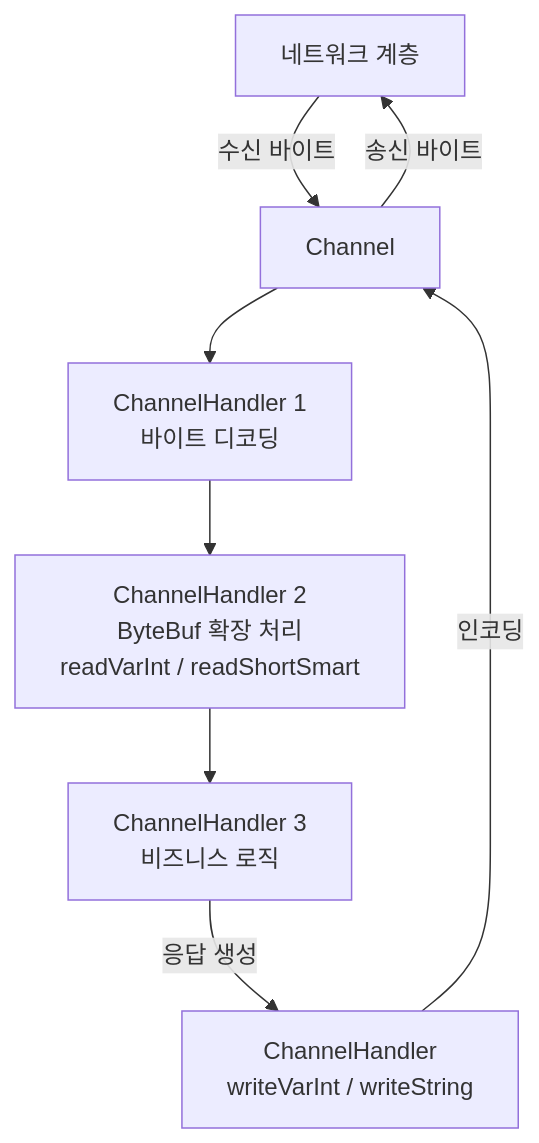
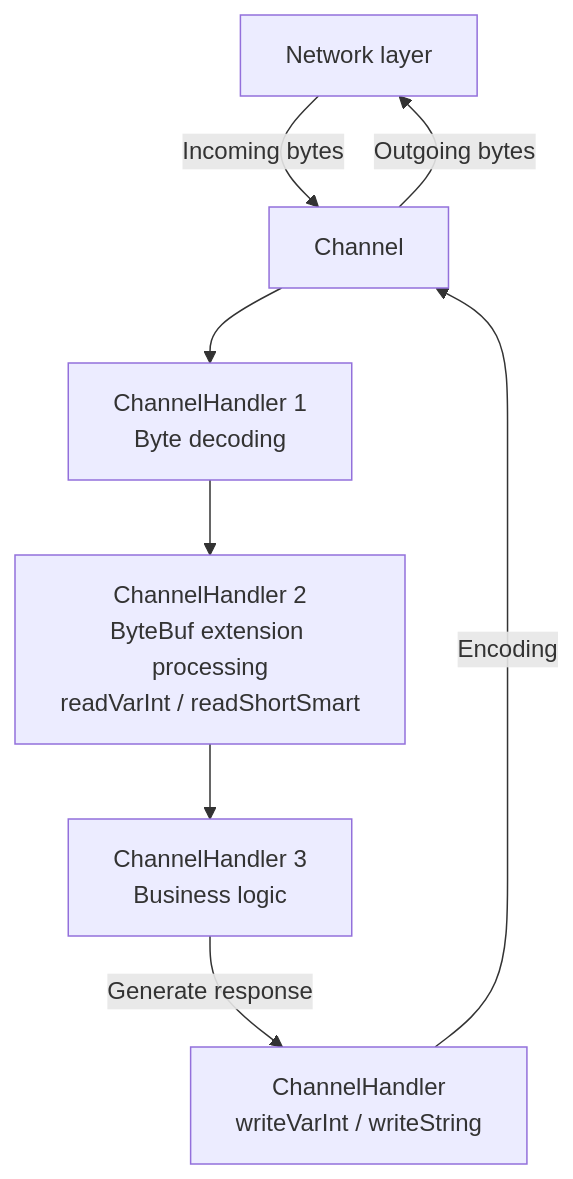
The third of 3 diagrams in io/netty/README.md (bluetape4k/bluetape4k-projects), drawn with Mermaid before and after one commit. The commit also changed other lines of this file and 265 other files, not shown here.

````diff
--- a/io/netty/README.md
+++ b/io/netty/README.md
@@ -260,10 +261,10 @@
 ```mermaid
 flowchart TD
-    NET[네트워크 계층] -->|수신 바이트| CH[Channel]
-    CH --> P1[ChannelHandler 1<br/>바이트 디코딩]
-    P1 --> P2[ChannelHandler 2<br/>ByteBuf 확장 처리<br/>readVarInt / readShortSmart]
-    P2 --> P3[ChannelHandler 3<br/>비즈니스 로직]
-    P3 -->|응답 생성| W1[ChannelHandler<br/>writeVarInt / writeString]
-    W1 -->|인코딩| CH
-    CH -->|송신 바이트| NET
+    NET[Network layer] -->|Incoming bytes| CH[Channel]
+    CH --> P1[ChannelHandler 1<br/>Byte decoding]
+    P1 --> P2[ChannelHandler 2<br/>ByteBuf extension processing<br/>readVarInt / readShortSmart]
+    P2 --> P3[ChannelHandler 3<br/>Business logic]
+    P3 -->|Generate response| W1[ChannelHandler<br/>writeVarInt / writeString]
+    W1 -->|Encoding| CH
+    CH -->|Outgoing bytes| NET
 ```
````
